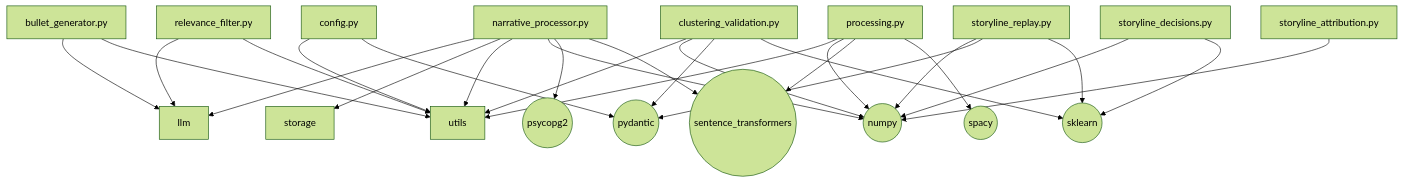
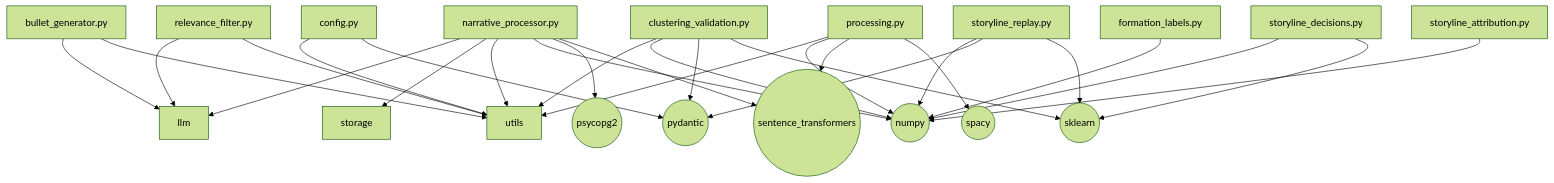
Before and after one commit to TommasoFazzi/MACROINTEL: the fourth of 6 diagrams in docs/generated/imports.md, drawn with Mermaid (forest theme).

Commit message:
docs(auto): update Python import graph [skip ci]

````diff
--- a/docs/generated/imports.md
+++ b/docs/generated/imports.md
@@ -199,45 +199,47 @@
 ```mermaid
 flowchart TD
     bullet_generator["bullet_generator.py"]
     clustering_validation["clustering_validation.py"]
     config["config.py"]
+    formation_labels["formation_labels.py"]
     narrative_processor["narrative_processor.py"]
     processing["processing.py"]
     relevance_filter["relevance_filter.py"]
     storyline_attribution["storyline_attribution.py"]
     storyline_decisions["storyline_decisions.py"]
     storyline_replay["storyline_replay.py"]
     EXT_numpy(("numpy"))
     EXT_psycopg2(("psycopg2"))
     EXT_pydantic(("pydantic"))
     EXT_sentence_transformers(("sentence_transformers"))
     EXT_sklearn(("sklearn"))
     EXT_spacy(("spacy"))
 
     bullet_generator --> llm
     bullet_generator --> utils
     clustering_validation --> utils
     config --> utils
     narrative_processor --> llm
     narrative_processor --> storage
     narrative_processor --> utils
     processing --> utils
     relevance_filter --> llm
     relevance_filter --> utils
     clustering_validation --> EXT_numpy
     clustering_validation --> EXT_pydantic
     clustering_validation --> EXT_sklearn
     config --> EXT_pydantic
+    formation_labels --> EXT_numpy
     narrative_processor --> EXT_numpy
     narrative_processor --> EXT_psycopg2
     narrative_processor --> EXT_sentence_transformers
     processing --> EXT_numpy
     processing --> EXT_sentence_transformers
     processing --> EXT_spacy
     storyline_attribution --> EXT_numpy
     storyline_decisions --> EXT_numpy
     storyline_decisions --> EXT_sklearn
     storyline_replay --> EXT_numpy
     storyline_replay --> EXT_pydantic
     storyline_replay --> EXT_sklearn
 ```
````
